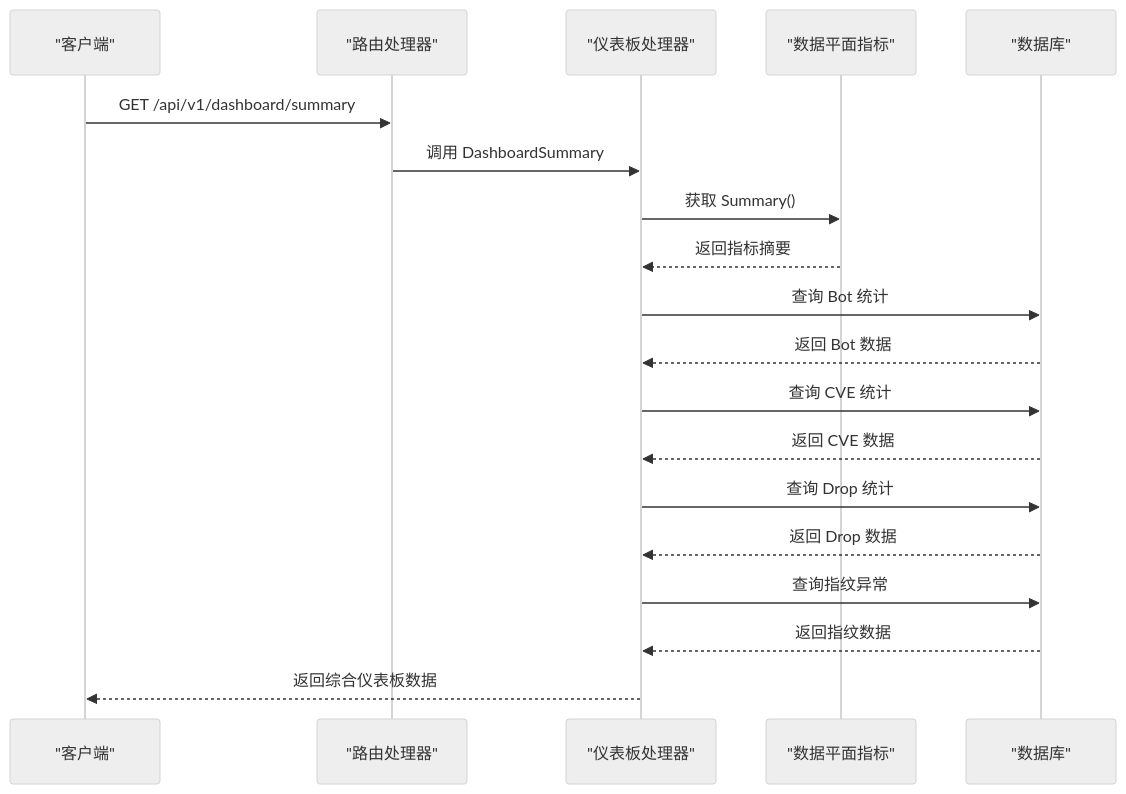
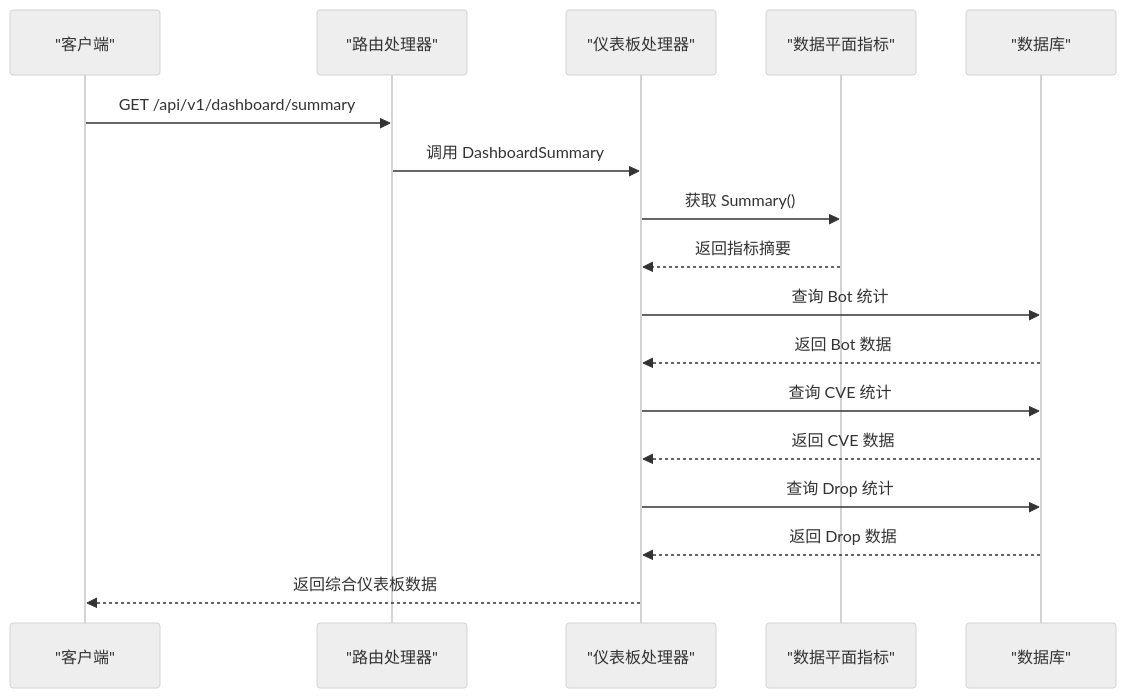
Before and after one commit to x01n/My-OpenWaf: the third of 9 diagrams in docs/管理 API 系统/仪表板 API.md, drawn with Mermaid (neutral theme). The commit also changed other lines of this file and 199 other files, not shown here.

````diff
--- a/docs/管理 API 系统/仪表板 API.md
+++ b/docs/管理 API 系统/仪表板 API.md
@@ -129,21 +123,19 @@
 ```mermaid
 sequenceDiagram
 participant Client as "客户端"
 participant Router as "路由处理器"
 participant Handler as "仪表板处理器"
 participant Metrics as "数据平面指标"
 participant DB as "数据库"
 Client->>Router : GET /api/v1/dashboard/summary
 Router->>Handler : 调用 DashboardSummary
 Handler->>Metrics : 获取 Summary()
 Metrics-->>Handler : 返回指标摘要
 Handler->>DB : 查询 Bot 统计
 DB-->>Handler : 返回 Bot 数据
 Handler->>DB : 查询 CVE 统计
 DB-->>Handler : 返回 CVE 数据
 Handler->>DB : 查询 Drop 统计
 DB-->>Handler : 返回 Drop 数据
-Handler->>DB : 查询指纹异常
-DB-->>Handler : 返回指纹数据
 Handler-->>Client : 返回综合仪表板数据
 ```
````
